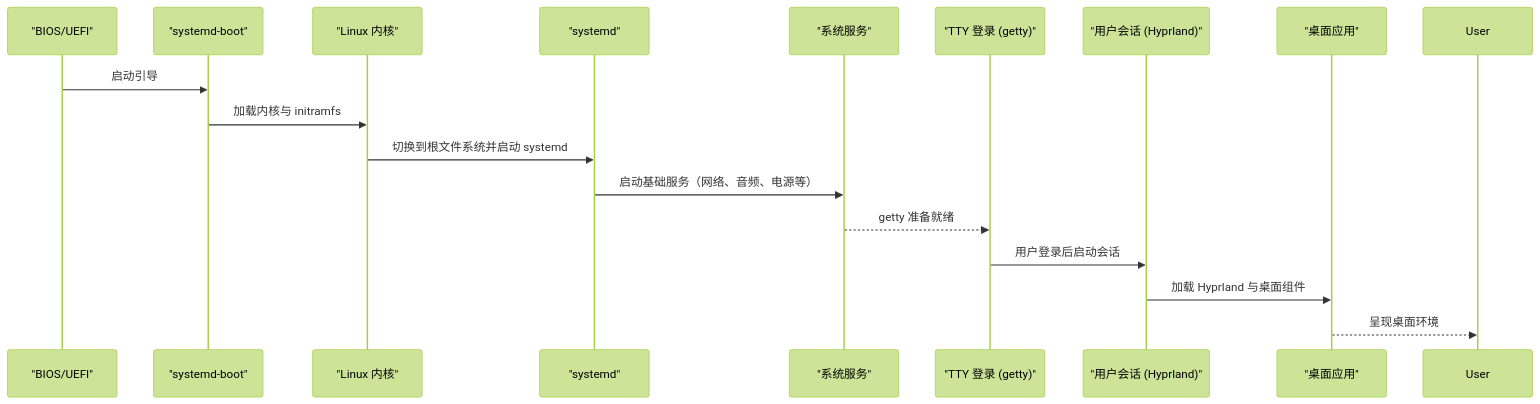
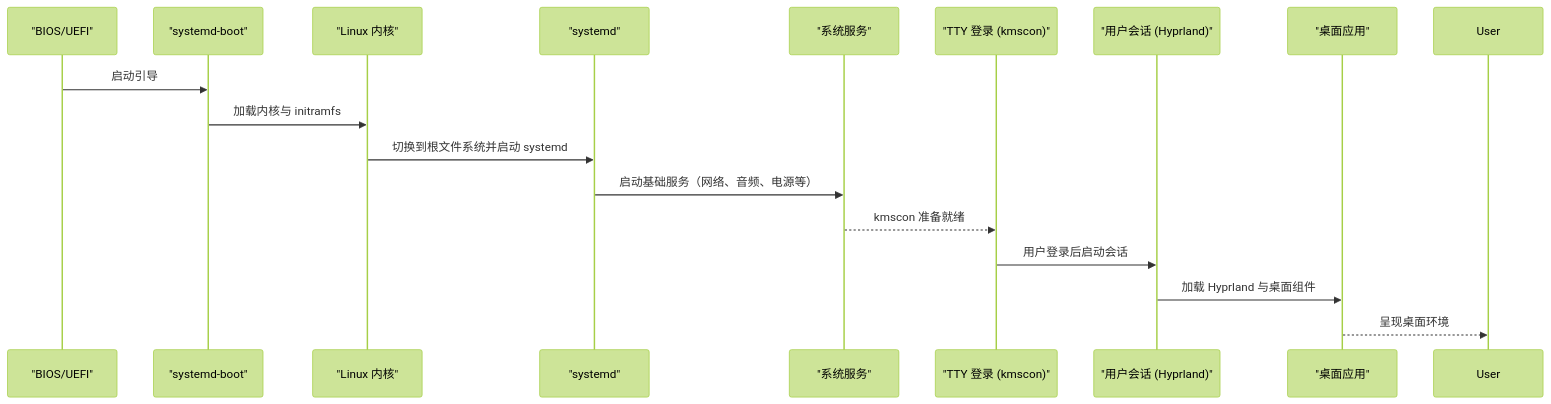
One commit to Shangshui0302/myNixOSConfig changed the second of 3 diagrams in wiki/architecture/host.md. Above: the diagram before and after it, drawn with Mermaid (forest theme). The commit also changed other lines of this file and 4 other files, not shown here.

First line of the commit message:
feat(greeter): switch to kmscon for CJK TTY login with libseat workaround

````diff
--- a/wiki/architecture/host.md
+++ b/wiki/architecture/host.md
@@ -58,19 +58,19 @@
 ```mermaid
 sequenceDiagram
 participant Firmware as "BIOS/UEFI"
 participant Bootloader as "systemd-boot"
 participant Kernel as "Linux 内核"
 participant Init as "systemd"
 participant Services as "系统服务"
-participant TTY as "TTY 登录 (getty)"
+participant TTY as "TTY 登录 (kmscon)"
 participant Session as "用户会话 (Hyprland)"
 participant Desktop as "桌面应用"
 Firmware->>Bootloader : 启动引导
 Bootloader->>Kernel : 加载内核与 initramfs
 Kernel->>Init : 切换到根文件系统并启动 systemd
 Init->>Services : 启动基础服务（网络、音频、电源等）
-Services-->>TTY : getty 准备就绪
+Services-->>TTY : kmscon 准备就绪
 TTY->>Session : 用户登录后启动会话
 Session->>Desktop : 加载 Hyprland 与桌面组件
 Desktop-->>User : 呈现桌面环境
 ```
````
